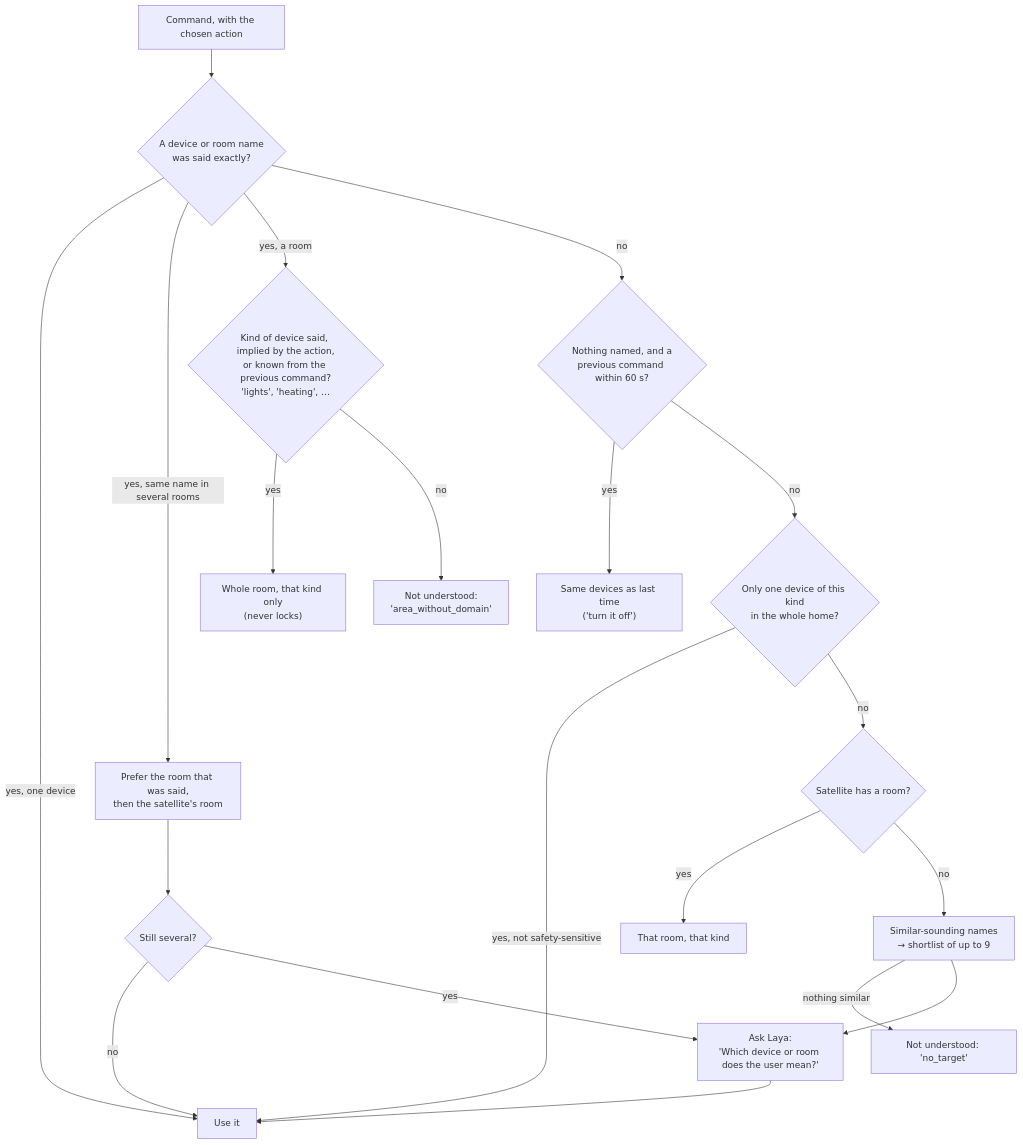
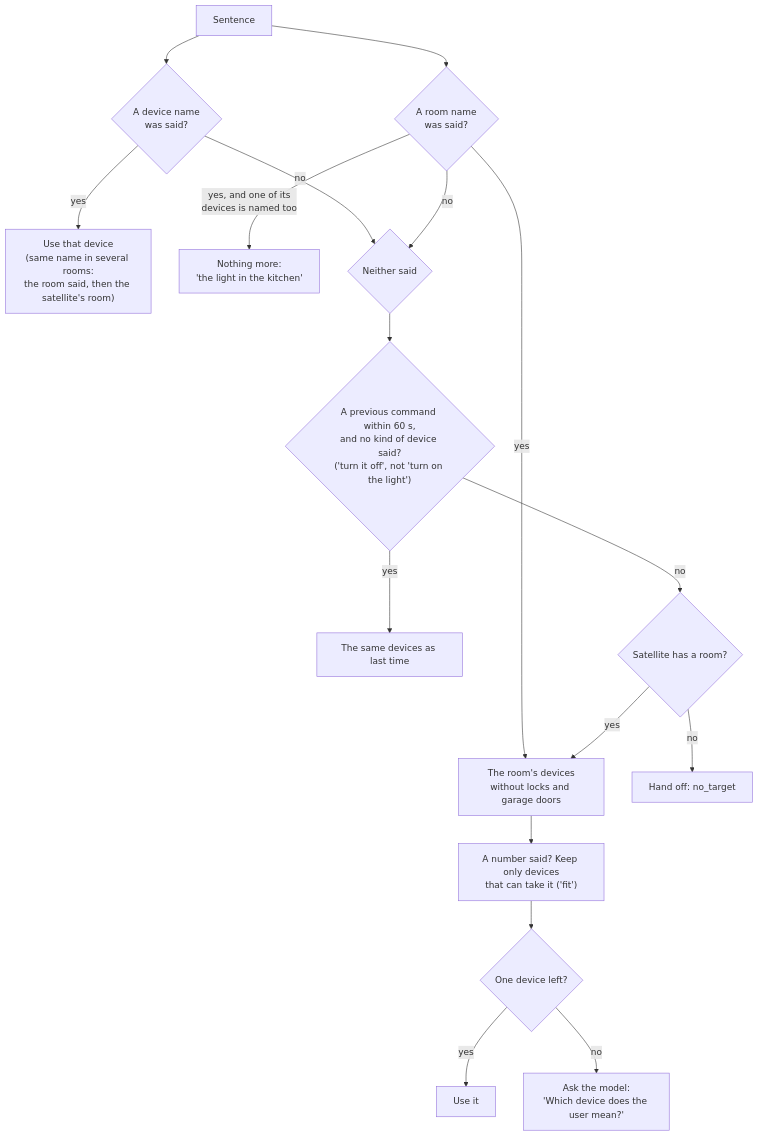
The third of 5 diagrams in HOW-IT-WORKS.md (d00kIe/assist-decider), drawn with Mermaid before and after one commit. The commit also changed other lines of this file and 15 other files, not shown here.

````diff
--- a/HOW-IT-WORKS.md
+++ b/HOW-IT-WORKS.md
@@ -290,21 +266,19 @@
 ```mermaid
 flowchart TD
-    S["Command, with the chosen action"] --> A{"A device or room name<br/>was said exactly?"}
-    A -- "yes, one device" --> DONE["Use it"]
-    A -- "yes, same name in several rooms" --> N["Prefer the room that was said,<br/>then the satellite's room"] --> N2{"Still several?"}
-    N2 -- no --> DONE
-    N2 -- yes --> LAYA
-    A -- "yes, a room" --> RK{"Kind of device said, implied by the action,<br/>or known from the previous command?<br/>'lights', 'heating', …"}
-    RK -- yes --> ROOM["Whole room, that kind only<br/>(never locks)"]
-    RK -- no --> ERR["Not understood:<br/>'area_without_domain'"]
-    A -- no --> P{"Nothing named, and a<br/>previous command within 60 s?"}
-    P -- yes --> PREV["Same devices as last time<br/>('turn it off')"]
-    P -- no --> O{"Only one device of this kind<br/>in the whole home?"}
-    O -- "yes, not safety-sensitive" --> DONE
-    O -- no --> SA{"Satellite has a room?"}
-    SA -- yes --> ROOM2["That room, that kind"]
-    SA -- no --> FZ["Similar-sounding names<br/>→ shortlist of up to 9"]
-    FZ -- "nothing similar" --> ERR2["Not understood: 'no_target'"]
-    FZ --> LAYA["Ask Laya:<br/>'Which device or room does the user mean?'"]
-    LAYA --> DONE
+    S["Sentence"] --> A{"A device name<br/>was said?"}
+    A -- "yes" --> DEV["Use that device<br/>(same name in several rooms:<br/>the room said, then the satellite's room)"]
+    S --> R{"A room name<br/>was said?"}
+    R -- "yes, and one of its<br/>devices is named too" --> SKIP["Nothing more:<br/>'the light in the kitchen'"]
+    R -- "yes" --> ROOM["The room's devices<br/>without locks and garage doors"]
+    A -- "no" --> N{"Neither said"}
+    R -- "no" --> N
+    N --> P{"A previous command within 60 s,<br/>and no kind of device said?<br/>('turn it off', not 'turn on the light')"}
+    P -- yes --> PREV["The same devices as last time"]
+    P -- no --> SAT{"Satellite has a room?"}
+    SAT -- yes --> ROOM
+    SAT -- no --> ERR["Hand off: no_target"]
+    ROOM --> FIT["A number said? Keep only devices<br/>that can take it ('fit')"]
+    FIT --> ONE{"One device left?"}
+    ONE -- yes --> USE["Use it"]
+    ONE -- no --> ASK["Ask the model:<br/>'Which device does the user mean?'"]
 ```
````
